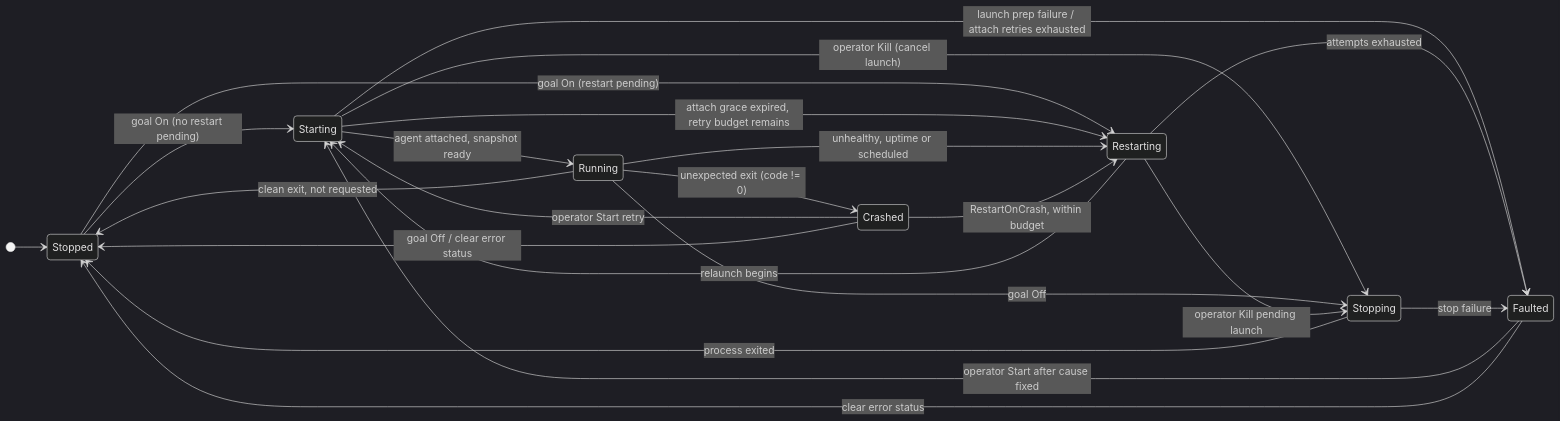
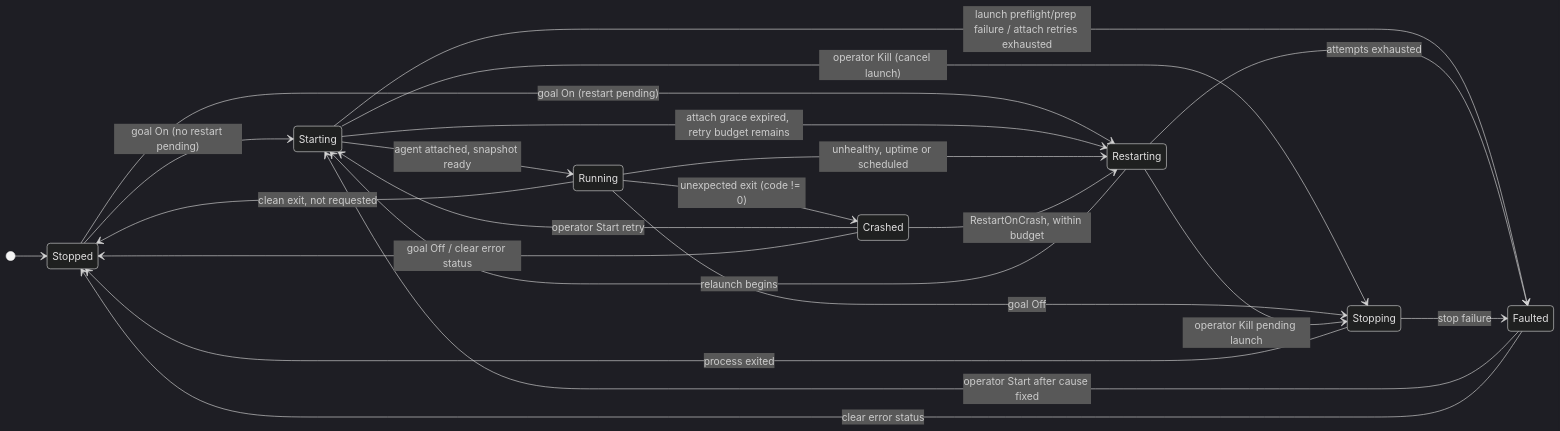
Before and after one commit to CometWorks/quasar: the second of 3 diagrams in Docs/StateMachines/DedicatedServerLifecycle.md, drawn with Mermaid (dark theme). The commit also changed other lines of this file and 17 other files, not shown here.

````diff
--- a/Docs/StateMachines/DedicatedServerLifecycle.md
+++ b/Docs/StateMachines/DedicatedServerLifecycle.md
@@ -74,25 +74,25 @@
 ```mermaid
 stateDiagram-v2
     direction LR
     [*] --> Stopped
     Stopped --> Starting: goal On (no restart pending)
     Stopped --> Restarting: goal On (restart pending)
     Starting --> Running: agent attached, snapshot ready
     Starting --> Restarting: attach grace expired, retry budget remains
     Starting --> Stopping: operator Kill (cancel launch)
-    Starting --> Faulted: launch prep failure / attach retries exhausted
+    Starting --> Faulted: launch preflight/prep failure / attach retries exhausted
     Running --> Stopping: goal Off
     Running --> Restarting: unhealthy, uptime or scheduled
     Running --> Crashed: unexpected exit (code != 0)
     Running --> Stopped: clean exit, not requested
     Restarting --> Starting: relaunch begins
     Restarting --> Stopping: operator Kill pending launch
     Restarting --> Faulted: attempts exhausted
     Stopping --> Stopped: process exited
     Stopping --> Faulted: stop failure
     Crashed --> Restarting: RestartOnCrash, within budget
     Crashed --> Starting: operator Start retry
     Crashed --> Stopped: goal Off / clear error status
     Faulted --> Starting: operator Start after cause fixed
     Faulted --> Stopped: clear error status
 ```
````
